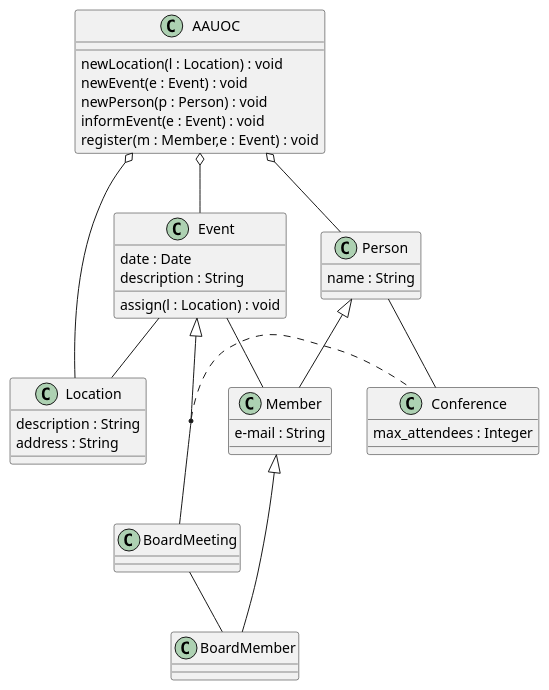
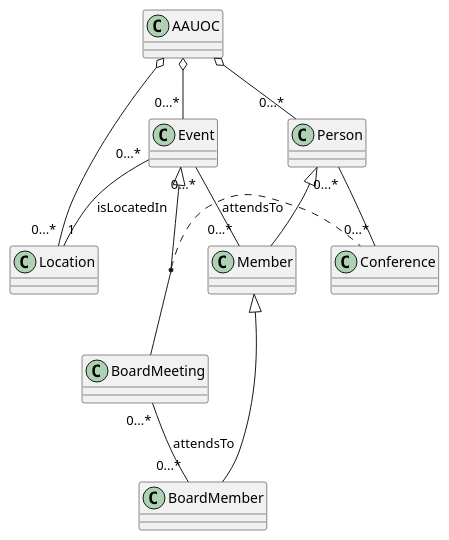
Before and after one commit to JuanmaEDE/UMLClasesJuanManuelBelaunde: the diagram in src/AsociacionAlumnos.puml, drawn with PlantUML.

Commit message:
Eliminación de metodos y añadir cardinalidad

```diff
--- a/src/AsociacionAlumnos.puml
+++ b/src/AsociacionAlumnos.puml
@@ -1,46 +1,23 @@
 @startuml
-class AAUOC{
-newLocation(l : Location) : void
-newEvent(e : Event) : void
-newPerson(p : Person) : void
-informEvent(e : Event) : void
-register(m : Member,e : Event) : void
-}
-class Person{
-name : String
-}
-class Location{
-description : String
-address : String
-}
-class Event{
-date : Date
-description : String
-assign(l : Location) : void
-}
-class Conference{
-max_attendees : Integer
-}
-class Member{
-e-mail : String
-}
 
-AAUOC o-- Location
-AAUOC o-- Person
-AAUOC o-- Event
+
+AAUOC o-- "0...*" Location
+AAUOC o-- "0...*" Event
+AAUOC o-- "0...*" Person
 
 Event <|--BoardMeeting
+Event "0...*" -- "1" Location : isLocatedIn
+Event "0...*" -- "0...*" Member :attendsTo
 
-Event -- Location
 
 
 Person  <|-- Member
-Person -- Conference
+Person "0...*" -- "0...*" Conference
 
 Member <|-- BoardMember
 
-Event -- Member
+BoardMeeting "0...*" -- "0...*" BoardMember : attendsTo
 (BoardMeeting,Event) .Conference
-BoardMeeting -- BoardMember
+
 
 @enduml
```
